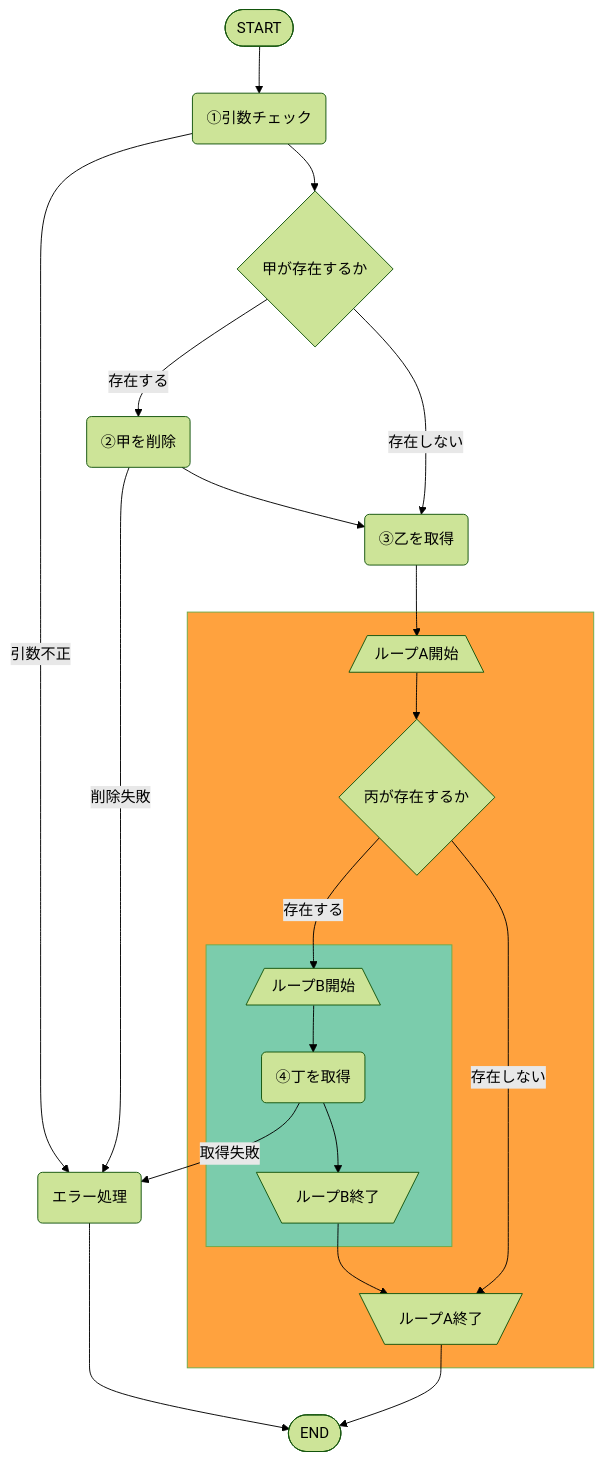
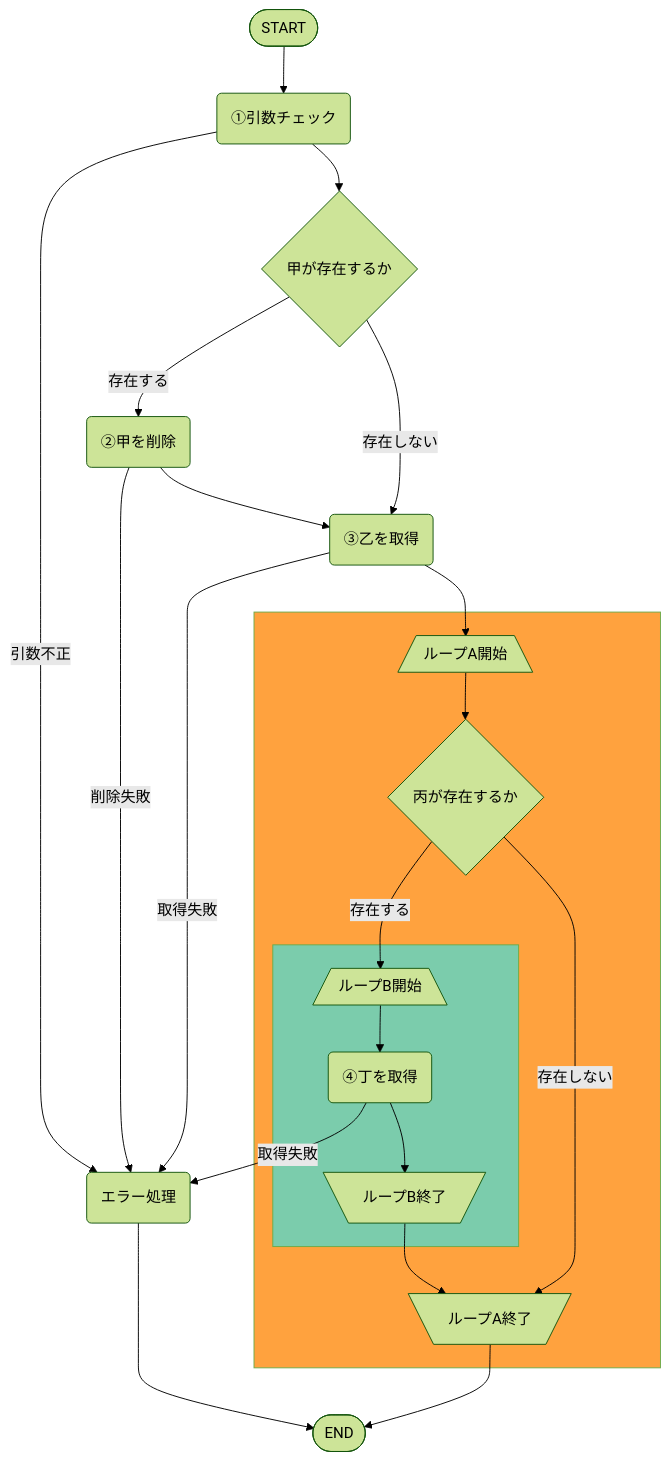
One commit to Kat-S/mermaid_test changed the diagram in フローチャート1.md. Above: the diagram before and after it, drawn with Mermaid (forest theme).

````diff
--- a/フローチャート1.md
+++ b/フローチャート1.md
@@ -1,44 +1,45 @@
 ```mermaid
 graph TB
   %% ノード定義
   start(["START"])
   node_1("①引数チェック")
   fork_1{"甲が存在するか"}
   node_2("②甲を削除")
   node_3("③乙を取得")
   subgraph loop_1[" "]
     loop_1_start[/"ループA開始"\]
     loop_1_goal[\"ループA終了"/]
     fork_2{"丙が存在するか"}
     subgraph loop_2[" "]
       loop_2_start[/"ループB開始"\]
       loop_2_goal[\"ループB終了"/]  
       node_4("④丁を取得")
     end
   end
   error_1("エラー処理")    
   goal(["END"])
 
   %% ノードスタイル定義
   style loop_1 fill:#ffa23e
   style loop_2 fill:#7BCCAC
 
   %% リンク定義
   start --> node_1
   node_1 --> | 引数不正 | error_1  
   node_1 --> fork_1
   fork_1 --> | 存在する | node_2   
   node_2 --> | 削除失敗 | error_1  
   node_2 --> node_3
   fork_1 --> | 存在しない | node_3
+  node_3 --> | 取得失敗 | error_1  
   node_3 --> loop_1_start
   loop_1_start --> fork_2
   fork_2 --> | 存在する | loop_2_start
   loop_2_start --> node_4
   node_4 --> | 取得失敗 | error_1    
   node_4 --> loop_2_goal
   loop_2_goal --> loop_1_goal
   fork_2 --> | 存在しない | loop_1_goal
   loop_1_goal --> goal
   error_1 --> goal  
 ```
````
